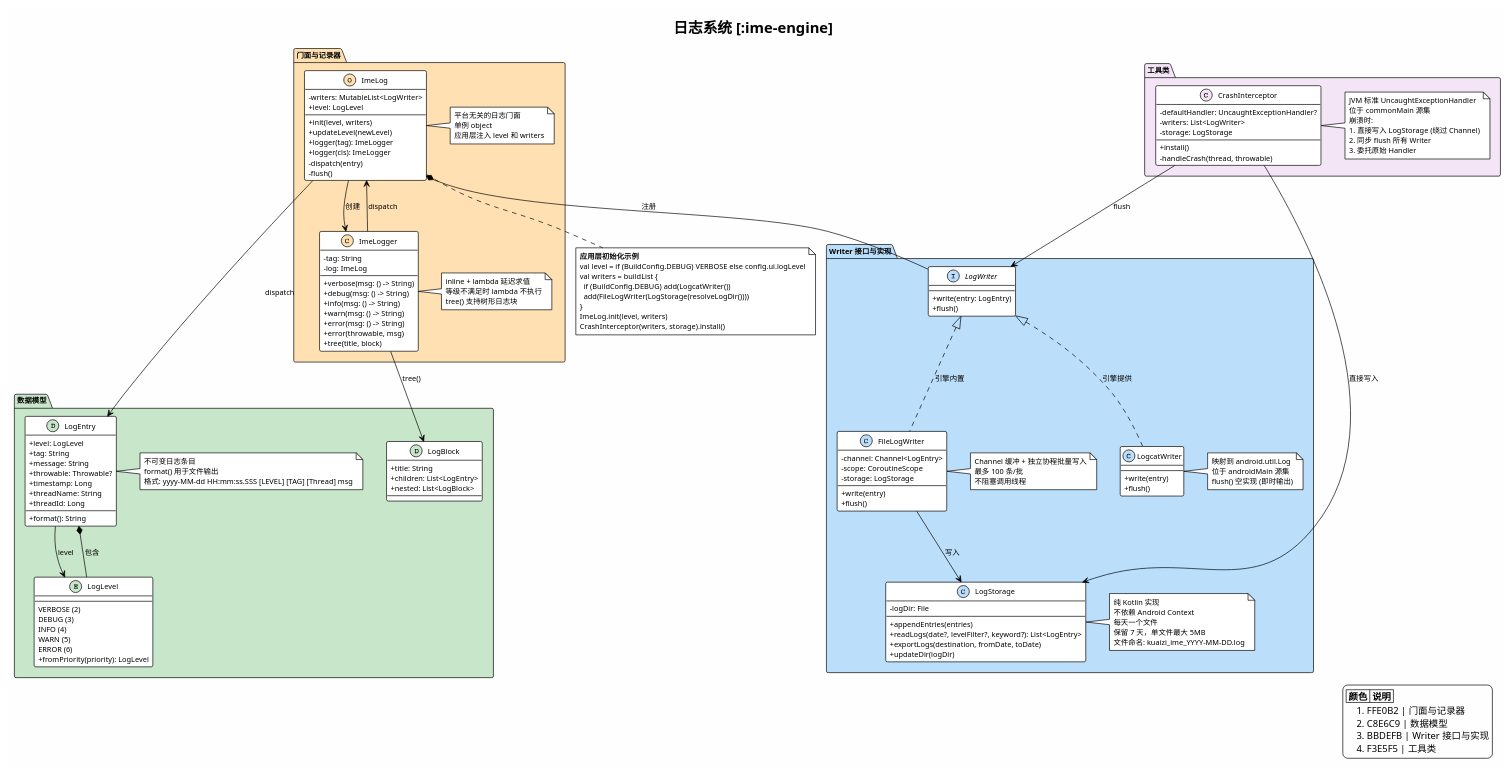
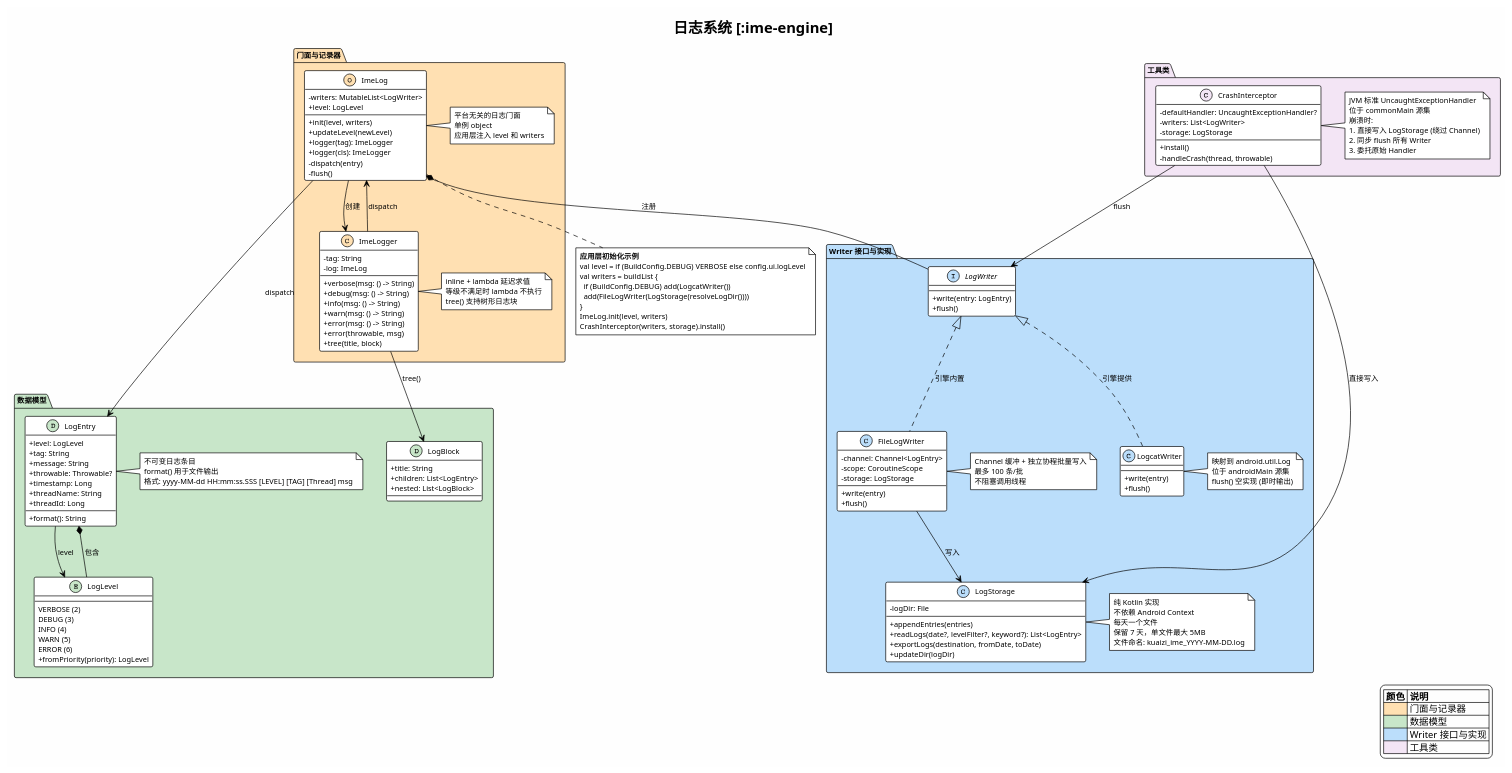
Before and after one commit to crazydan-studio/kuaizi-ime-android: the diagram in docs/ai-agent/v4/design/diagrams/engine-logging.puml, drawn with PlantUML. The commit also changed 17 other files, not shown here.

First line of the commit message:
fix: 修复 PlantUML 图表渲染问题、移除孤立文件、补充 Screen 类归属

```diff
--- a/docs/ai-agent/v4/design/diagrams/engine-logging.puml
+++ b/docs/ai-agent/v4/design/diagrams/engine-logging.puml
@@ -1,180 +1,180 @@
 @startuml engine-logging
 !theme plain
 skinparam backgroundColor #FEFEFE
 skinparam classAttributeIconSize 0
 skinparam defaultFontSize 11
 
 title 日志系统 [:ime-engine]
 
 legend right
   |= 颜色 |= 说明 |
-  ##FFE0B2 | 门面与记录器
-  ##C8E6C9 | 数据模型
-  ##BBDEFB | Writer 接口与实现
-  ##F3E5F5 | 工具类
+  | <#FFE0B2> | 门面与记录器 |
+  | <#C8E6C9> | 数据模型 |
+  | <#BBDEFB> | Writer 接口与实现 |
+  | <#F3E5F5> | 工具类 |
 endlegend
 
 ' ===== 门面与记录器 =====
 package "门面与记录器" #FFE0B2 {
   class ImeLog <<(O,#FFE0B2)>> {
     - writers: MutableList<LogWriter>
     + level: LogLevel
     + init(level, writers)
     + updateLevel(newLevel)
     + logger(tag): ImeLogger
     + logger(cls): ImeLogger
     - dispatch(entry)
     - flush()
   }
   note right of ImeLog
     平台无关的日志门面
     单例 object
     应用层注入 level 和 writers
   end note
 
   class ImeLogger <<(C,#FFE0B2)>> {
     - tag: String
     - log: ImeLog
     + verbose(msg: () -> String)
     + debug(msg: () -> String)
     + info(msg: () -> String)
     + warn(msg: () -> String)
     + error(msg: () -> String)
     + error(throwable, msg)
     + tree(title, block)
   }
   note right of ImeLogger
     inline + lambda 延迟求值
     等级不满足时 lambda 不执行
     tree() 支持树形日志块
   end note
 }
 
 ' ===== 数据模型 =====
 package "数据模型" #C8E6C9 {
   class LogLevel <<(E,#C8E6C9)>> {
     VERBOSE (2)
     DEBUG (3)
     INFO (4)
     WARN (5)
     ERROR (6)
     + fromPriority(priority): LogLevel
   }
   class LogEntry <<(D,#C8E6C9)>> {
     + level: LogLevel
     + tag: String
     + message: String
     + throwable: Throwable?
     + timestamp: Long
     + threadName: String
     + threadId: Long
     + format(): String
   }
   note right of LogEntry
     不可变日志条目
     format() 用于文件输出
     格式: yyyy-MM-dd HH:mm:ss.SSS [LEVEL] [TAG] [Thread] msg
   end note
 
   class LogBlock <<(D,#C8E6C9)>> {
     + title: String
     + children: List<LogEntry>
     + nested: List<LogBlock>
   }
 }
 
 ' ===== Writer 接口与实现 =====
 package "Writer 接口与实现" #BBDEFB {
   interface LogWriter <<(I,#BBDEFB)>> {
     + write(entry: LogEntry)
     + flush()
   }
 
   class FileLogWriter <<(C,#BBDEFB)>> {
     - channel: Channel<LogEntry>
     - scope: CoroutineScope
     - storage: LogStorage
     + write(entry)
     + flush()
   }
   note right of FileLogWriter
     Channel 缓冲 + 独立协程批量写入
     最多 100 条/批
     不阻塞调用线程
   end note
 
   class LogcatWriter <<(C,#BBDEFB)>> {
     + write(entry)
     + flush()
   }
   note right of LogcatWriter
     映射到 android.util.Log
     位于 androidMain 源集
     flush() 空实现 (即时输出)
   end note
 
   class LogStorage <<(C,#BBDEFB)>> {
     - logDir: File
     + appendEntries(entries)
     + readLogs(date?, levelFilter?, keyword?): List<LogEntry>
     + exportLogs(destination, fromDate, toDate)
     + updateDir(logDir)
   }
   note right of LogStorage
     纯 Kotlin 实现
     不依赖 Android Context
     每天一个文件
     保留 7 天，单文件最大 5MB
     文件命名: kuaizi_ime_YYYY-MM-DD.log
   end note
 }
 
 ' ===== 工具类 =====
 package "工具类" #F3E5F5 {
   class CrashInterceptor <<(C,#F3E5F5)>> {
     - defaultHandler: UncaughtExceptionHandler?
     - writers: List<LogWriter>
     - storage: LogStorage
     + install()
     - handleCrash(thread, throwable)
   }
   note right of CrashInterceptor
     JVM 标准 UncaughtExceptionHandler
     位于 commonMain 源集
     崩溃时:
     1. 直接写入 LogStorage (绕过 Channel)
     2. 同步 flush 所有 Writer
     3. 委托原始 Handler
   end note
 }
 
 ' ===== 关系 =====
 ImeLog *-- LogWriter : 注册
 ImeLog --> ImeLogger : 创建
 ImeLog --> LogEntry : dispatch
 ImeLogger --> ImeLog : dispatch
 ImeLogger --> LogBlock : tree()
 
 LogWriter <|.. FileLogWriter : 引擎内置
 LogWriter <|.. LogcatWriter : 引擎提供
 
 FileLogWriter --> LogStorage : 写入
 CrashInterceptor --> LogStorage : 直接写入
 CrashInterceptor --> LogWriter : flush
 
 LogEntry --> LogLevel : level
 LogEntry *-- LogLevel : 包含
 
 ' ===== 初始化流程 =====
 note bottom of ImeLog
   **应用层初始化示例**
   val level = if (BuildConfig.DEBUG) VERBOSE else config.ui.logLevel
   val writers = buildList {
     if (BuildConfig.DEBUG) add(LogcatWriter())
     add(FileLogWriter(LogStorage(resolveLogDir())))
   }
   ImeLog.init(level, writers)
   CrashInterceptor(writers, storage).install()
 end note
 
 @enduml
```
